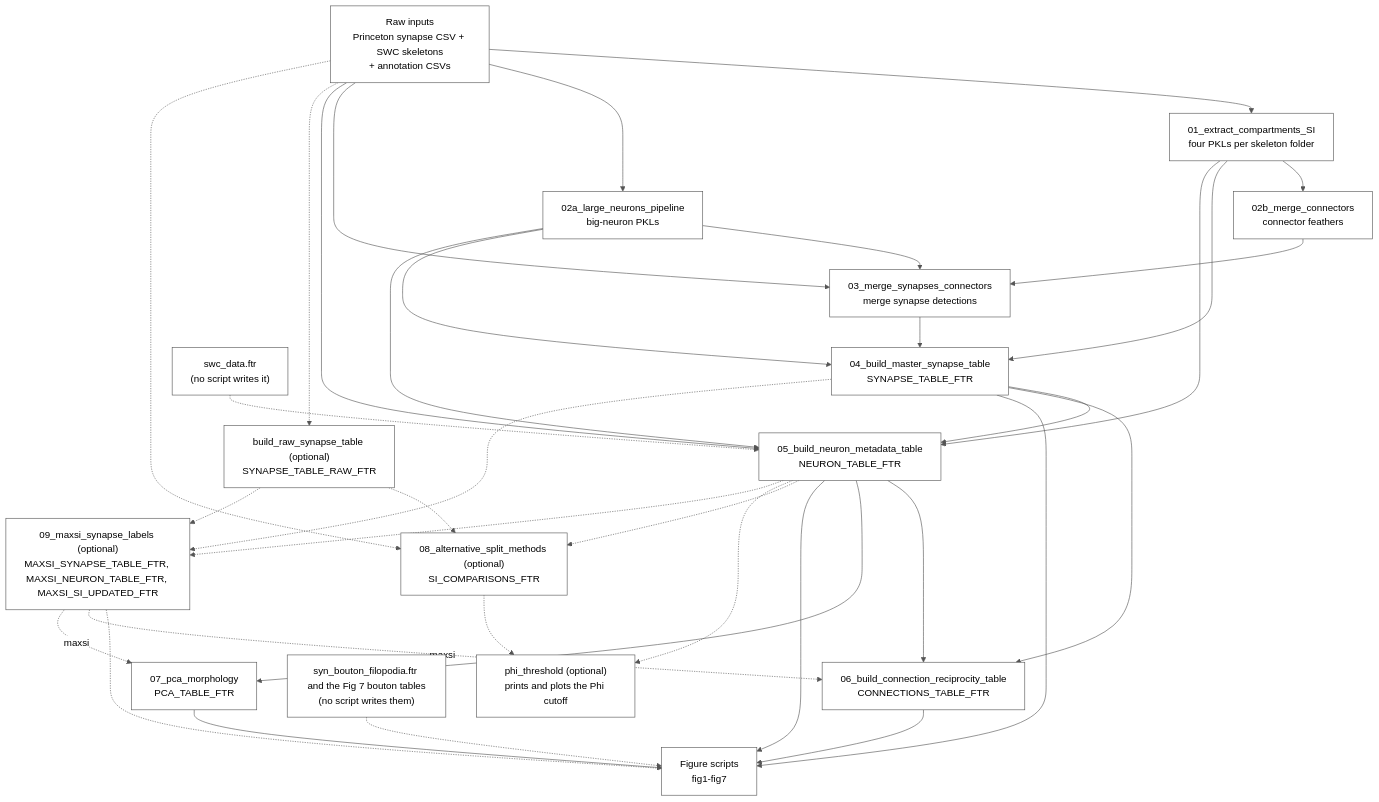
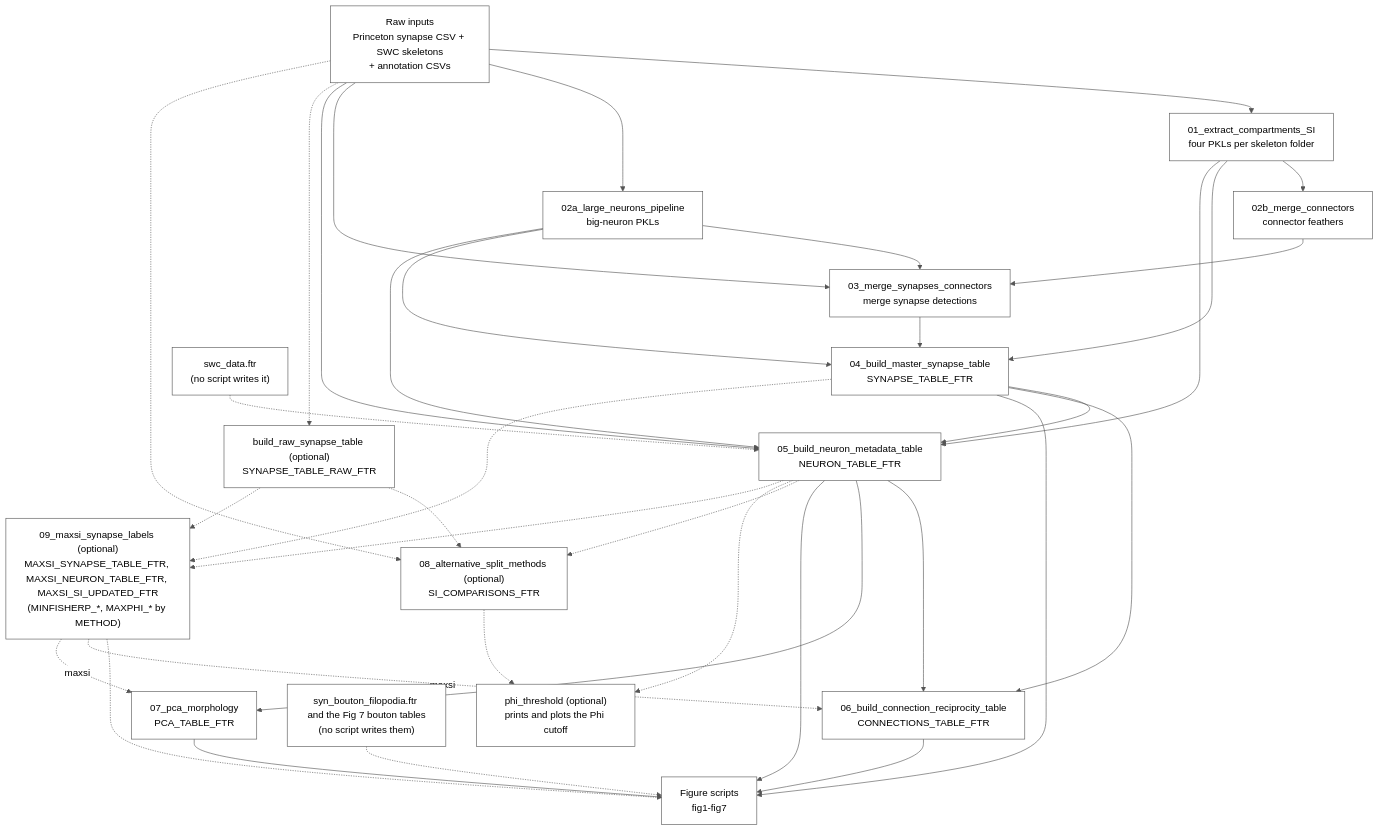
Before and after one commit to deutschlab/mixed-polarity-paper: the diagram in docs/pipeline_overview.md, drawn with Mermaid. The commit also changed other lines of this file and 9 other files, not shown here.

````diff
--- a/docs/pipeline_overview.md
+++ b/docs/pipeline_overview.md
@@ -14,51 +14,51 @@
 ```mermaid
 %%{init: {'theme': 'base', 'themeVariables': {'primaryColor': '#ffffff', 'primaryTextColor': '#000000', 'primaryBorderColor': '#555555', 'lineColor': '#555555'}}}%%
 flowchart TD
     RAW["Raw inputs\nPrinceton synapse CSV + SWC skeletons\n+ annotation CSVs"]
     S01["01_extract_compartments_SI\nfour PKLs per skeleton folder"]
     S02A["02a_large_neurons_pipeline\nbig-neuron PKLs"]
     S02B["02b_merge_connectors\nconnector feathers"]
     S03["03_merge_synapses_connectors\nmerge synapse detections"]
     S04["04_build_master_synapse_table\nSYNAPSE_TABLE_FTR"]
     S05["05_build_neuron_metadata_table\nNEURON_TABLE_FTR"]
     S06["06_build_connection_reciprocity_table\nCONNECTIONS_TABLE_FTR"]
     S07["07_pca_morphology\nPCA_TABLE_FTR"]
     S08["08_alternative_split_methods (optional)\nSI_COMPARISONS_FTR"]
-    S09["09_maxsi_synapse_labels (optional)\nMAXSI_SYNAPSE_TABLE_FTR, MAXSI_NEURON_TABLE_FTR, MAXSI_SI_UPDATED_FTR"]
+    S09["09_maxsi_synapse_labels (optional)\nMAXSI_SYNAPSE_TABLE_FTR, MAXSI_NEURON_TABLE_FTR, MAXSI_SI_UPDATED_FTR\n(MINFISHERP_*, MAXPHI_* by METHOD)"]
     FIGS["Figure scripts\nfig1-fig7"]
 
     RAW --> S01
     RAW --> S02A
     S01 --> S02B
     S02A --> S03
     RAW --> S03
     S02B --> S03
     S03 --> S04
     S01 --> S04
     S02A --> S04
     S04 --> S05
     S01 --> S05
     S02A --> S05
     RAW --> S05
     S05 --> S06
     S04 --> S06
     S05 --> S07
     S04 --> FIGS
     S05 --> FIGS
     S06 --> FIGS
     S07 --> FIGS
     RAW -.-> BUILDRAW["build_raw_synapse_table (optional)\nSYNAPSE_TABLE_RAW_FTR"]
     BUILDRAW -.-> S08
     SWCDATA["swc_data.ftr\n(no script writes it)"] -.-> S05
     FILO["syn_bouton_filopodia.ftr and the Fig 7 bouton tables\n(no script writes them)"] -.-> FIGS
     RAW -.-> S08
     S05 -.-> S08
     S08 -.-> PHI["phi_threshold (optional)\nprints and plots the Phi cutoff"]
     S05 -.-> PHI
     BUILDRAW -.-> S09
     S04 -.-> S09
     S05 -.-> S09
     S09 -.-> FIGS
     S09 -.->|maxsi| S06
     S09 -.->|maxsi| S07
 ```
````
